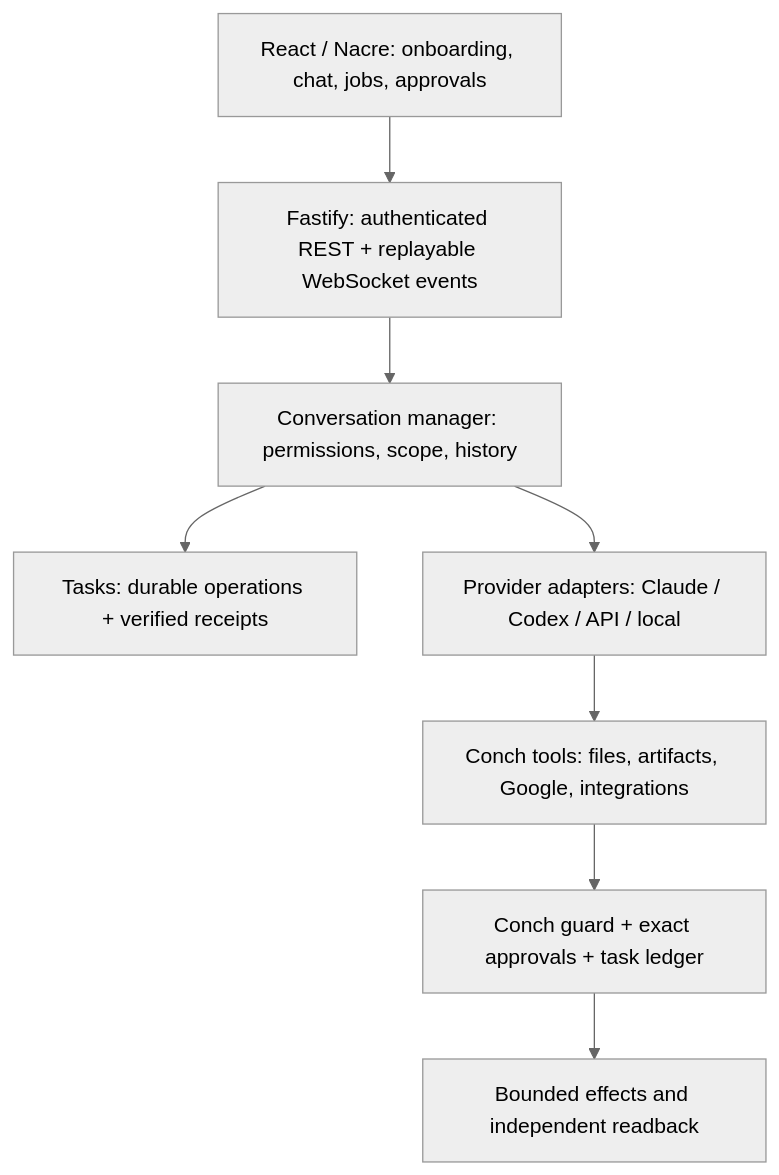
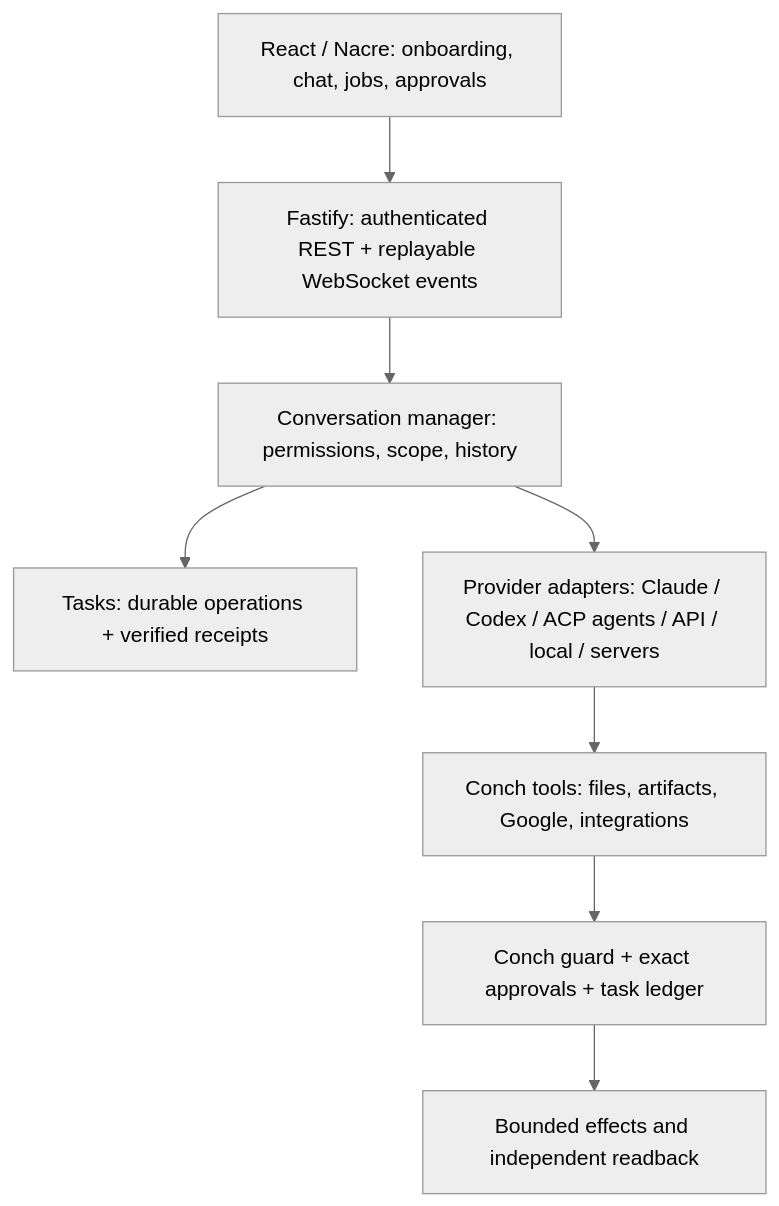
One commit to georgevibing/conch-agent changed the diagram in ARCHITECTURE.md. Above: the diagram before and after it, drawn with Mermaid (neutral theme). The commit also changed other lines of this file and 6 other files, not shown here.

````diff
--- a/ARCHITECTURE.md
+++ b/ARCHITECTURE.md
@@ -18,10 +20,10 @@
 ```mermaid
 flowchart TB
   UI["React / Nacre: onboarding, chat, jobs, approvals"] --> Gateway["Fastify: authenticated REST + replayable WebSocket events"]
   Gateway --> Conversations["Conversation manager: permissions, scope, history"]
   Conversations --> Tasks["Tasks: durable operations + verified receipts"]
-  Conversations --> Engines["Provider adapters: Claude / Codex / API / local"]
+  Conversations --> Engines["Provider adapters: Claude / Codex / ACP agents / API / local / servers"]
   Engines --> Tools["Conch tools: files, artifacts, Google, integrations"]
   Tools --> Guard["Conch guard + exact approvals + task ledger"]
   Guard --> Effects["Bounded effects and independent readback"]
 ```
````
